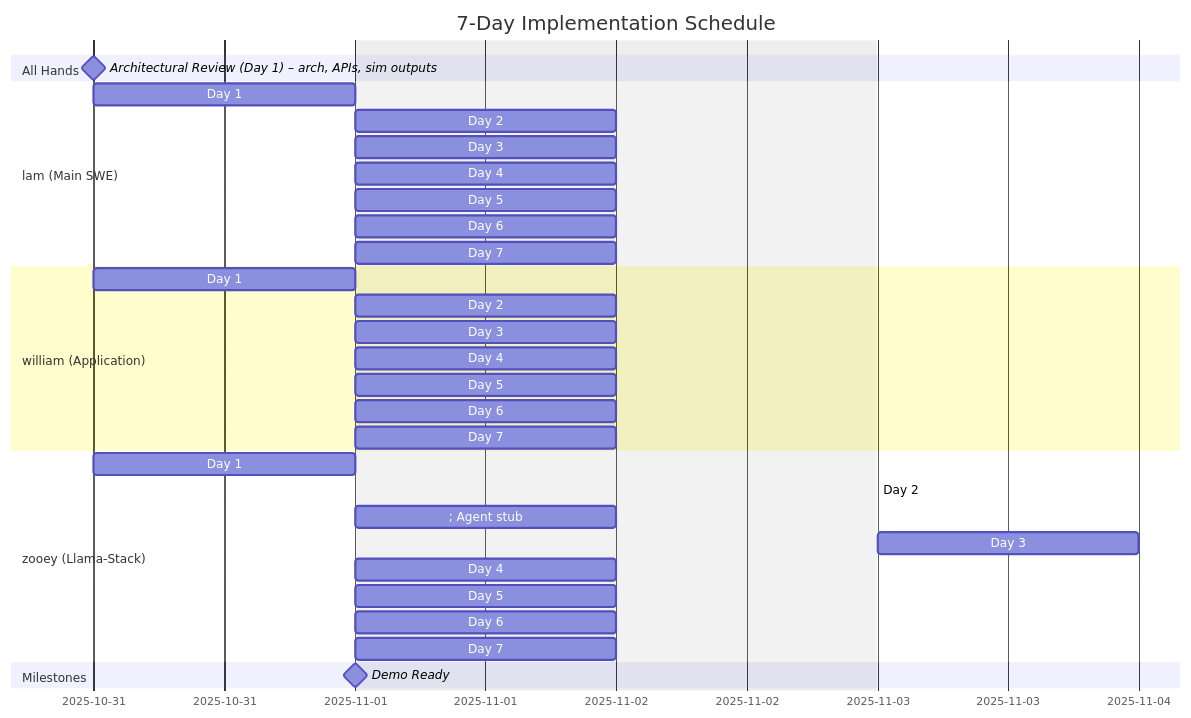
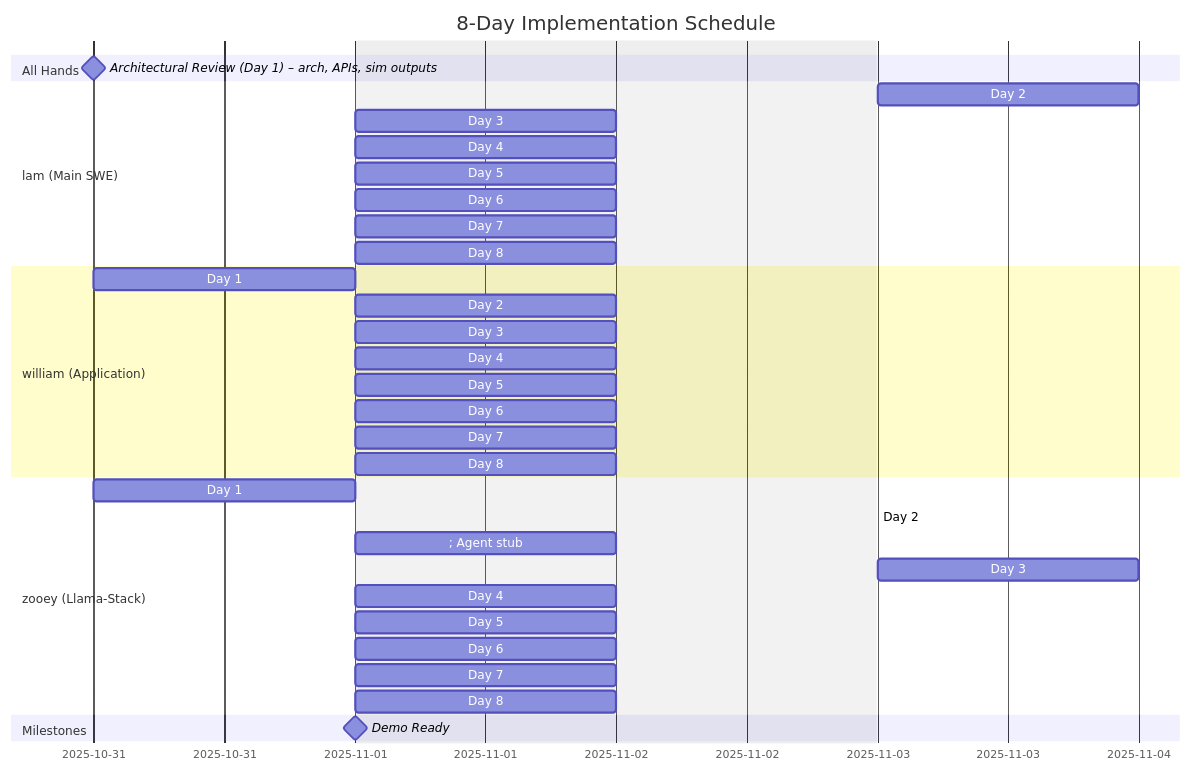
Before and after one commit to aitomatic/dana: the fifth of 5 diagrams in dana_agent/dana/specs/reflection.md, drawn with Mermaid. The commit also changed other lines of this file, not shown here.

Commit message:
Update implementation plan

````diff
--- a/dana_agent/dana/specs/reflection.md
+++ b/dana_agent/dana/specs/reflection.md
@@ -585,39 +620,41 @@
 ```mermaid
 gantt
-  title 7-Day Implementation Schedule
+  title 8-Day Implementation Schedule
   dateFormat  YYYY-MM-DD
   excludes    weekends
 
   section All Hands
   Architectural Review (Day 1) – arch, APIs, sim outputs :milestone, m1, 2025-10-31, 0d
 
   section lam (Main SWE)
-  Day 1: EventLog+KnowledgeStore + prompts scaffold :d1_lam, 2025-10-31, 1d
-  Day 2: Episodic pipeline + session close + local prompts MVP :d2_lam, after d1_lam, 1d
-  Day 3: Learning loop + notebook (≥20 eps) + prompt learning integration :d3_lam, after d2_lam, 1d
-  Day 4: Integrative scope + triggers       :d4_lam, after d3_lam, 1d
-  Day 5: Retrieval perf + metrics wiring    :d5_lam, after d4_lam, 1d
-  Day 6: Inspect tools + consolidation viz + prompt versioning :d6_lam, after d5_lam, 1d
-  Day 7: Robustness + docs/diagrams         :d7_lam, after d6_lam, 1d
+  Day 2: EventLog+KnowledgeStore + prompts scaffold (Day 1 shifted) :d2_lam, 2025-11-03, 1d
+  Day 3: Episodic pipeline + session close + local prompts MVP :d3_lam, after d2_lam, 1d
+  Day 4: Learning loop + notebook (≥20 eps) + prompt learning integration :d4_lam, after d3_lam, 1d
+  Day 5: Integrative scope + triggers       :d5_lam, after d4_lam, 1d
+  Day 6: Retrieval perf + metrics wiring    :d6_lam, after d5_lam, 1d
+  Day 7: Inspect tools + consolidation viz + prompt versioning :d7_lam, after d6_lam, 1d
+  Day 8: Robustness + docs/diagrams         :d8_lam, after d7_lam, 1d
 
   section william (Application)
-  Day 1: Simulator stub + env telemetry    :d1_w, 2025-10-31, 1d
-  Day 2: Complete sim + scenarios         :d2_w, after d1_w, 1d
-  Day 3: Observability + demo scenarios   :d3_w, after d2_w, 1d
-  Day 4: Domain strategies + optimization :d4_w, after d3_w, 1d
-  Day 5: Realistic data end-to-end        :d5_w, after d4_w, 1d
-  Day 6: Demo UI + realtime viz           :d6_w, after d5_w, 1d
-  Day 7: Demo script + env setup + handout:d7_w, after d6_w, 1d
+  Day 1: Simulator stub + integration points :d1_w, 2025-10-31, 1d
+  Day 2: Complete sim + web app structure+UI :d2_w, after d1_w, 1d
+  Day 3: Observability + web app framework :d3_w, after d2_w, 1d
+  Day 4: Integration + web app learning    :d4_w, after d3_w, 1d
+  Day 5: Domain strategies + web app HVAC  :d5_w, after d4_w, 1d
+  Day 6: Realistic data + web app metrics  :d6_w, after d5_w, 1d
+  Day 7: Complete driving app + polish    :d7_w, after d6_w, 1d
+  Day 8: Demo script + final web app prep  :d8_w, after d7_w, 1d
 
   section zooey (Llama-Stack)
   Day 1: Env + API contracts plan          :d1_z, 2025-10-31, 1d
   Day 2: Inference live; Agent stub        :d2_z, after d1_z, 1d
   Day 3: Wire Agent+Inference              :d3_z, after d2_z, 1d
-  Day 4: RAG in prompts + Conversation API :d4_z, after d3_z, 1d
-  Day 5: Storage API + LLM observability   :d5_z, after d4_z, 1d
-  Day 6: Conversations enhancements        :d6_z, after d5_z, 1d
-  Day 7: Final checks + deploy docs        :d7_z, after d6_z, 1d
+  Day 4: Integration verification         :d4_z, after d3_z, 1d
+  Day 5: RAG in prompts + Conversation API :d5_z, after d4_z, 1d
+  Day 6: Storage API + LLM observability   :d6_z, after d5_z, 1d
+  Day 7: Conversations enhancements        :d7_z, after d6_z, 1d
+  Day 8: Final checks + deploy docs        :d8_z, after d7_z, 1d
 
   section Milestones
-  Demo Ready                        :milestone, m_demo, after d7_lam, 0d
+  Demo Ready                        :milestone, m_demo, after d8_lam, 0d
 ```
````
